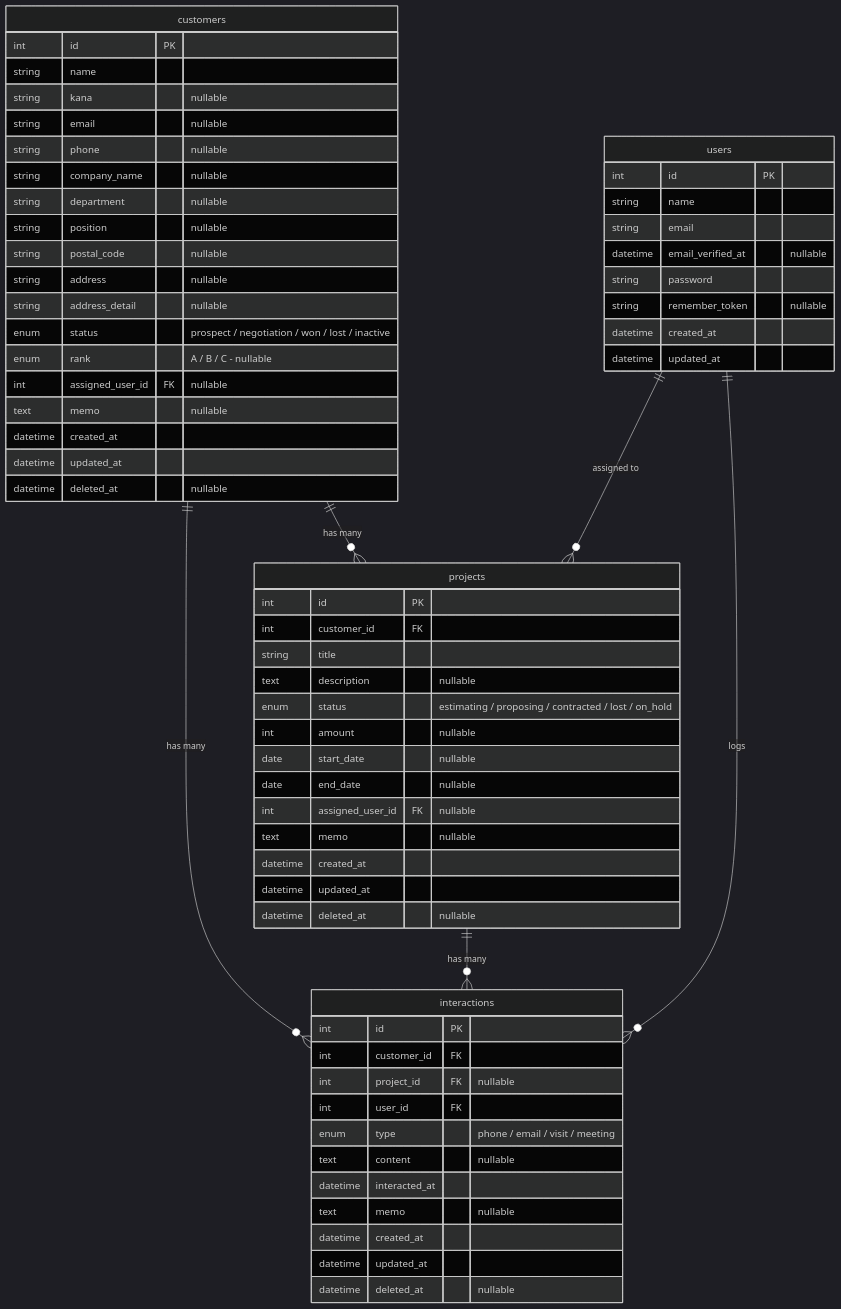
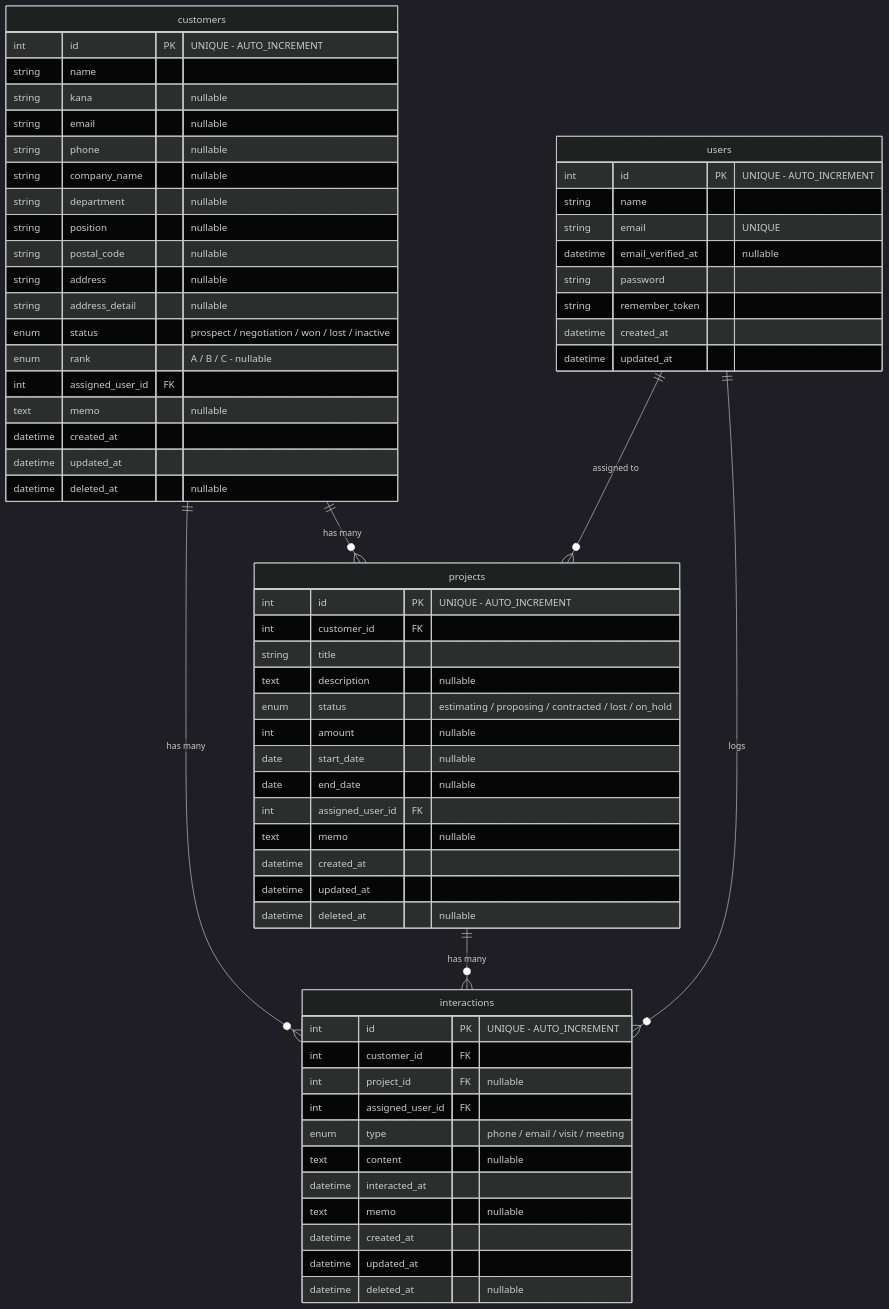
Before and after one commit to Kouhei-Yagi/laravel-crm-app: the diagram in README.md, drawn with Mermaid (dark theme). The commit also changed other lines of this file, not shown here.

Commit message:
docs: README を最新仕様に更新

````diff
--- a/README.md
+++ b/README.md
@@ -95,72 +95,72 @@
 ```mermaid
 erDiagram
 
     customers ||--o{ projects : "has many"
     customers ||--o{ interactions : "has many"
 
     projects ||--o{ interactions : "has many"
     users ||--o{ projects : "assigned to"
     users ||--o{ interactions : "logs"
 
     customers {
-        int id PK
+        int id PK "UNIQUE - AUTO_INCREMENT"
         string name
         string kana "nullable"
         string email "nullable"
         string phone "nullable"
         string company_name "nullable"
         string department "nullable"
         string position "nullable"
         string postal_code "nullable"
         string address "nullable"
         string address_detail "nullable"
         enum status "prospect / negotiation / won / lost / inactive"
         enum rank "A / B / C - nullable"
-        int assigned_user_id FK "nullable"
+        int assigned_user_id FK
         text memo "nullable"
         datetime created_at
         datetime updated_at
         datetime deleted_at "nullable"
     }
 
     projects {
-        int id PK
+        int id PK "UNIQUE - AUTO_INCREMENT"
         int customer_id FK
         string title
         text description "nullable"
         enum status "estimating / proposing / contracted / lost / on_hold"
         int amount "nullable"
         date start_date "nullable"
         date end_date "nullable"
-        int assigned_user_id FK "nullable"
+        int assigned_user_id FK
         text memo "nullable"
         datetime created_at
         datetime updated_at
         datetime deleted_at "nullable"
     }
 
     interactions {
-        int id PK
+        int id PK "UNIQUE - AUTO_INCREMENT"
         int customer_id FK
         int project_id FK "nullable"
-        int user_id FK
+        int assigned_user_id FK
         enum type "phone / email / visit / meeting"
         text content "nullable"
         datetime interacted_at
         text memo "nullable"
         datetime created_at
         datetime updated_at
         datetime deleted_at "nullable"
     }
 
     users {
-        int id PK
+        int id PK "UNIQUE - AUTO_INCREMENT"
         string name
-        string email
+        string email "UNIQUE"
         datetime email_verified_at "nullable"
         string password
-        string remember_token "nullable"
+        string remember_token
         datetime created_at
         datetime updated_at
     }
 ```
````
